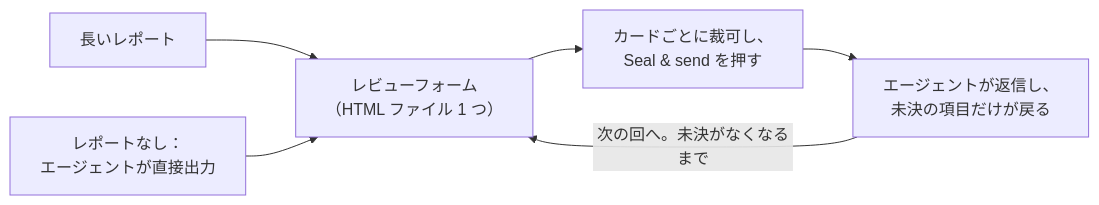
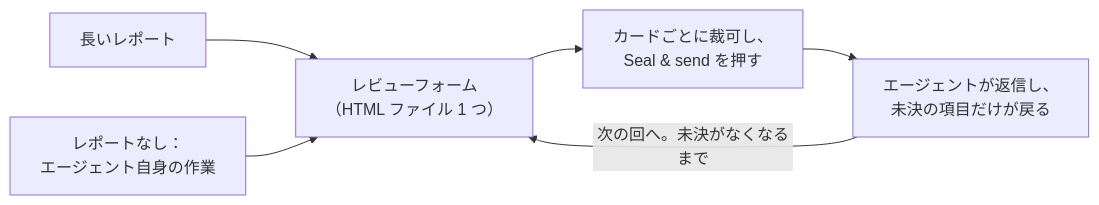
Before and after one commit to HaoranZhang122/granted-review: the diagram in README.ja.md, drawn with Mermaid. The commit also changed other lines of this file and 13 other files, not shown here.

````diff
--- a/README.ja.md
+++ b/README.ja.md
@@ -51,8 +60,8 @@
 ```mermaid
 flowchart LR
   A["長いレポート"] --> F["レビューフォーム<br/>（HTML ファイル 1 つ）"]
-  B["レポートなし：<br/>エージェントが直接出力"] --> F
+  B["レポートなし：<br/>エージェント自身の作業"] --> F
   F --> R["カードごとに裁可し、<br/>Seal #amp; send を押す"]
   R --> N["エージェントが返信し、<br/>未決の項目だけが戻る"]
   N -->|"次の回へ。未決がなくなるまで"| F
 ```
````
